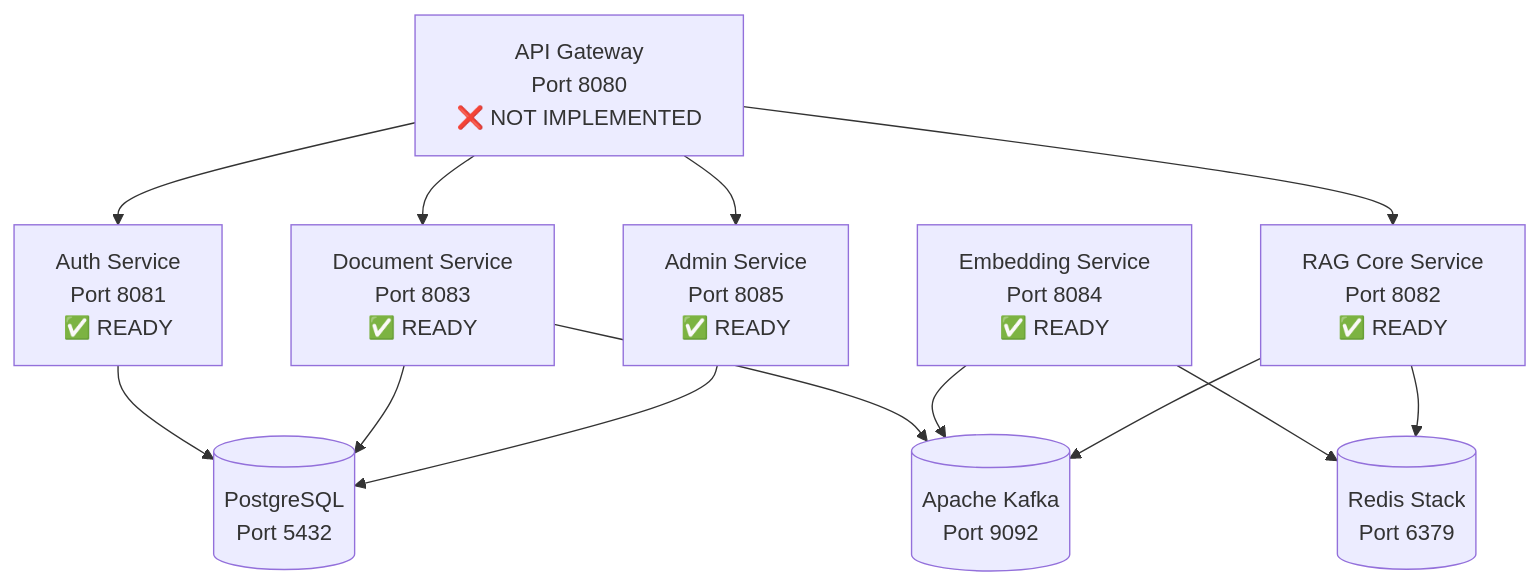
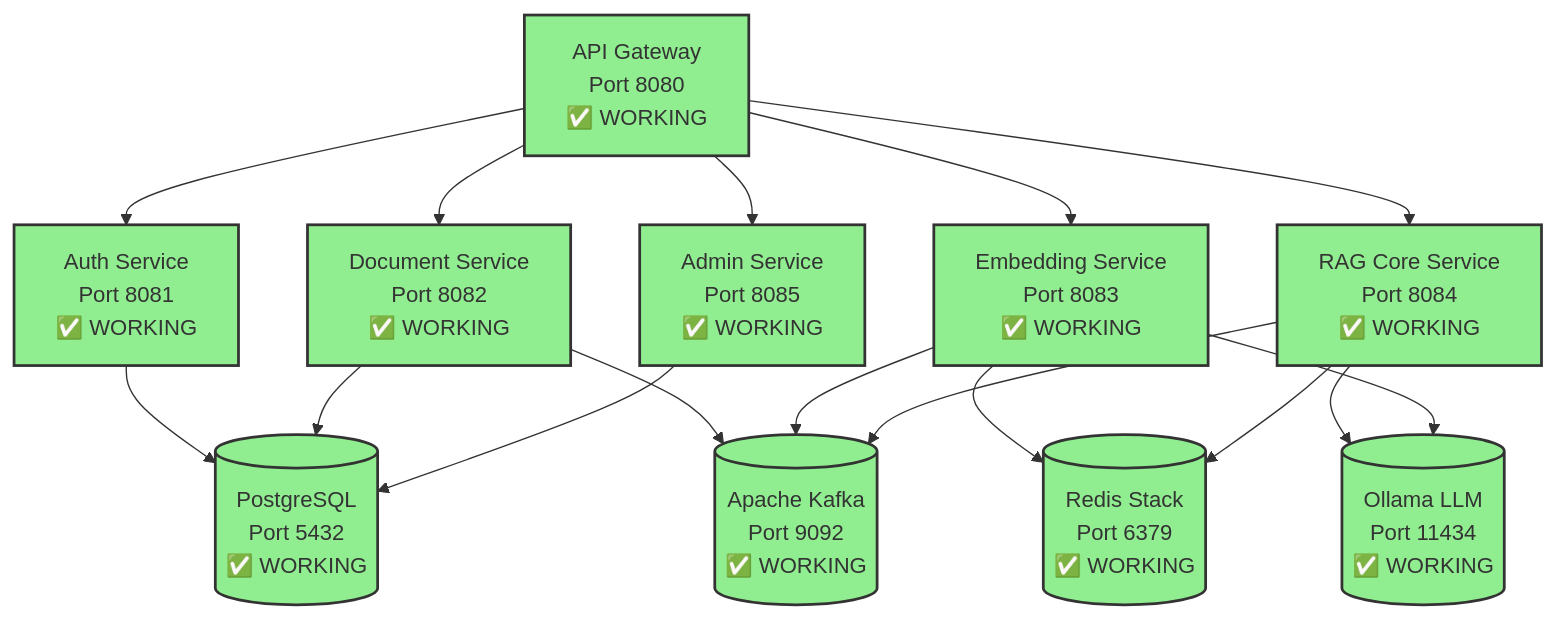
Before and after one commit to texican/RAG: the diagram in README.md, drawn with Mermaid. The commit also changed other lines of this file and 18 other files, not shown here.

````diff
--- a/README.md
+++ b/README.md
@@ -134,28 +175,36 @@
 ```mermaid
 graph TB
-    Gateway[API Gateway<br/>Port 8080<br/>❌ NOT IMPLEMENTED]
-    Auth[Auth Service<br/>Port 8081<br/>✅ READY]
-    Doc[Document Service<br/>Port 8083<br/>✅ READY] 
-    Embed[Embedding Service<br/>Port 8084<br/>✅ READY]
-    Core[RAG Core Service<br/>Port 8082<br/>✅ READY]
-    Admin[Admin Service<br/>Port 8085<br/>✅ READY]
+    Gateway[API Gateway<br/>Port 8080<br/>✅ WORKING]
+    Auth[Auth Service<br/>Port 8081<br/>✅ WORKING]
+    Doc[Document Service<br/>Port 8082<br/>✅ WORKING] 
+    Embed[Embedding Service<br/>Port 8083<br/>✅ WORKING]
+    Core[RAG Core Service<br/>Port 8084<br/>✅ WORKING]
+    Admin[Admin Service<br/>Port 8085<br/>✅ WORKING]
     
-    PG[(PostgreSQL<br/>Port 5432)]
-    Redis[(Redis Stack<br/>Port 6379)]
-    Kafka[(Apache Kafka<br/>Port 9092)]
+    PG[(PostgreSQL<br/>Port 5432<br/>✅ WORKING)]
+    Redis[(Redis Stack<br/>Port 6379<br/>✅ WORKING)]
+    Kafka[(Apache Kafka<br/>Port 9092<br/>✅ WORKING)]
+    Ollama[(Ollama LLM<br/>Port 11434<br/>✅ WORKING)]
     
     Gateway --> Auth
     Gateway --> Doc
+    Gateway --> Embed
     Gateway --> Core
     Gateway --> Admin
     
     Auth --> PG
     Doc --> PG
     Embed --> Redis
     Core --> Redis
     Admin --> PG
     
     Doc --> Kafka
     Embed --> Kafka
     Core --> Kafka
+    
+    Core --> Ollama
+    Embed --> Ollama
+    
+    classDef working fill:#90EE90,stroke:#333,stroke-width:2px;
+    class Gateway,Auth,Doc,Embed,Core,Admin,PG,Redis,Kafka,Ollama working;
 ```
````
